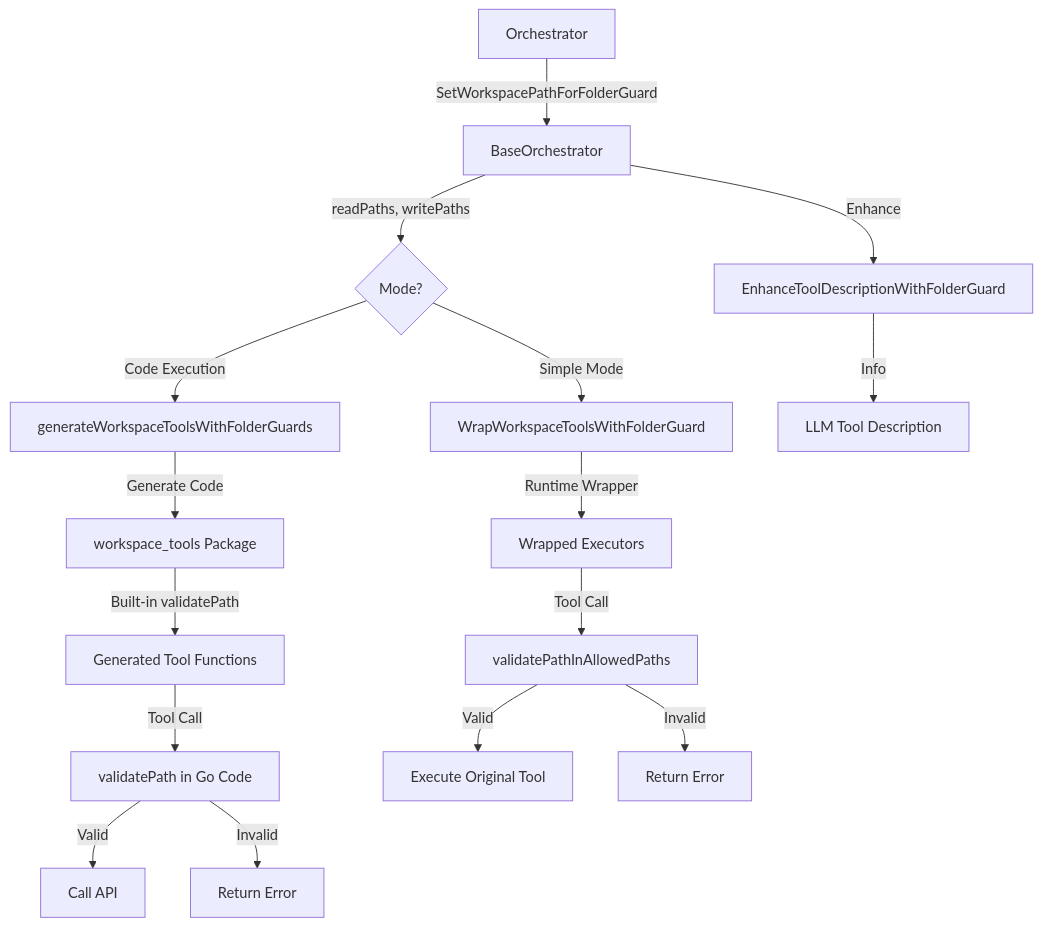
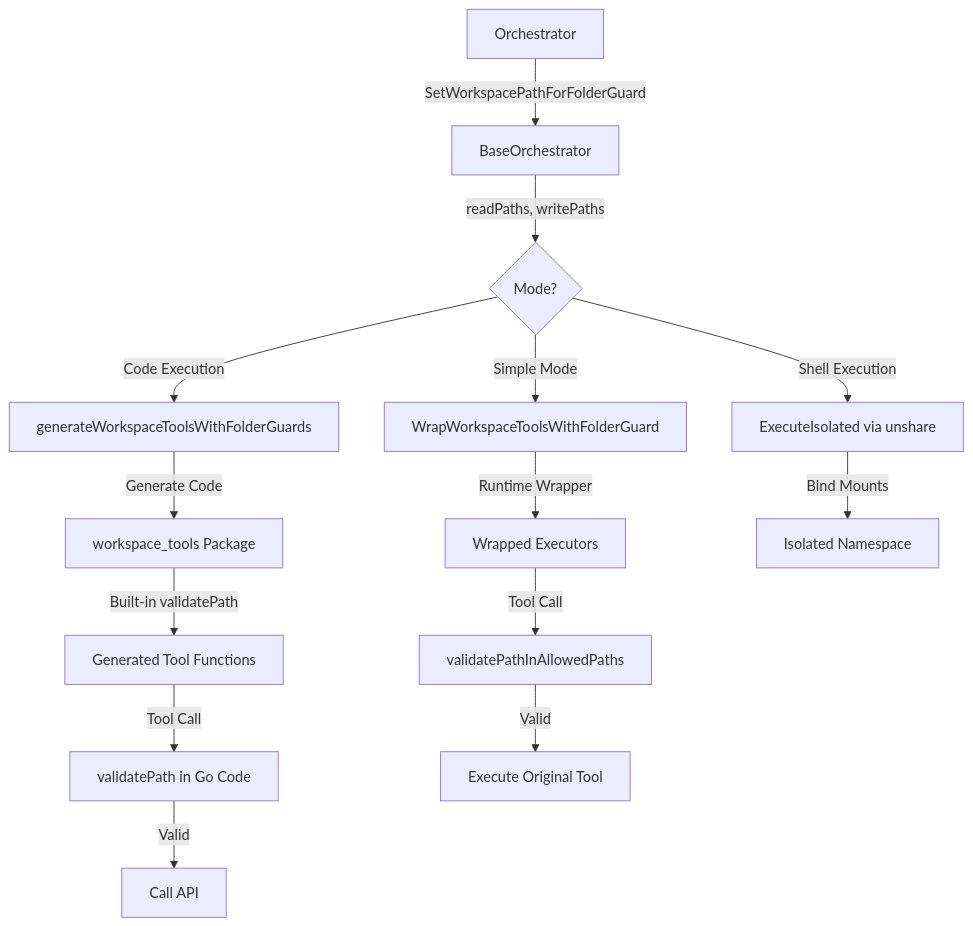
Before and after one commit to manishiitg/coding-agent-loop: the diagram in docs/folder_guard.md, drawn with Mermaid. The commit also changed other lines of this file and 18 other files, not shown here.

````diff
--- a/docs/folder_guard.md
+++ b/docs/folder_guard.md
@@ -72,18 +60,18 @@
 ```mermaid
 graph TD
     A[Orchestrator] -->|SetWorkspacePathForFolderGuard| B[BaseOrchestrator]
     B -->|readPaths, writePaths| C{Mode?}
     C -->|Simple Mode| D[WrapWorkspaceToolsWithFolderGuard]
     C -->|Code Execution| E[generateWorkspaceToolsWithFolderGuards]
+    C -->|Shell Execution| S[ExecuteIsolated via unshare]
+    
     D -->|Runtime Wrapper| F[Wrapped Executors]
     E -->|Generate Code| G[workspace_tools Package]
     G -->|Built-in validatePath| H[Generated Tool Functions]
+    S -->|Bind Mounts| ISO[Isolated Namespace]
+    
     F -->|Tool Call| I[validatePathInAllowedPaths]
     H -->|Tool Call| J[validatePath in Go Code]
     I -->|Valid| K[Execute Original Tool]
-    I -->|Invalid| L[Return Error]
     J -->|Valid| M[Call API]
-    J -->|Invalid| N[Return Error]
-    B -->|Enhance| O[EnhanceToolDescriptionWithFolderGuard]
-    O -->|Info| P[LLM Tool Description]
 ```
````
